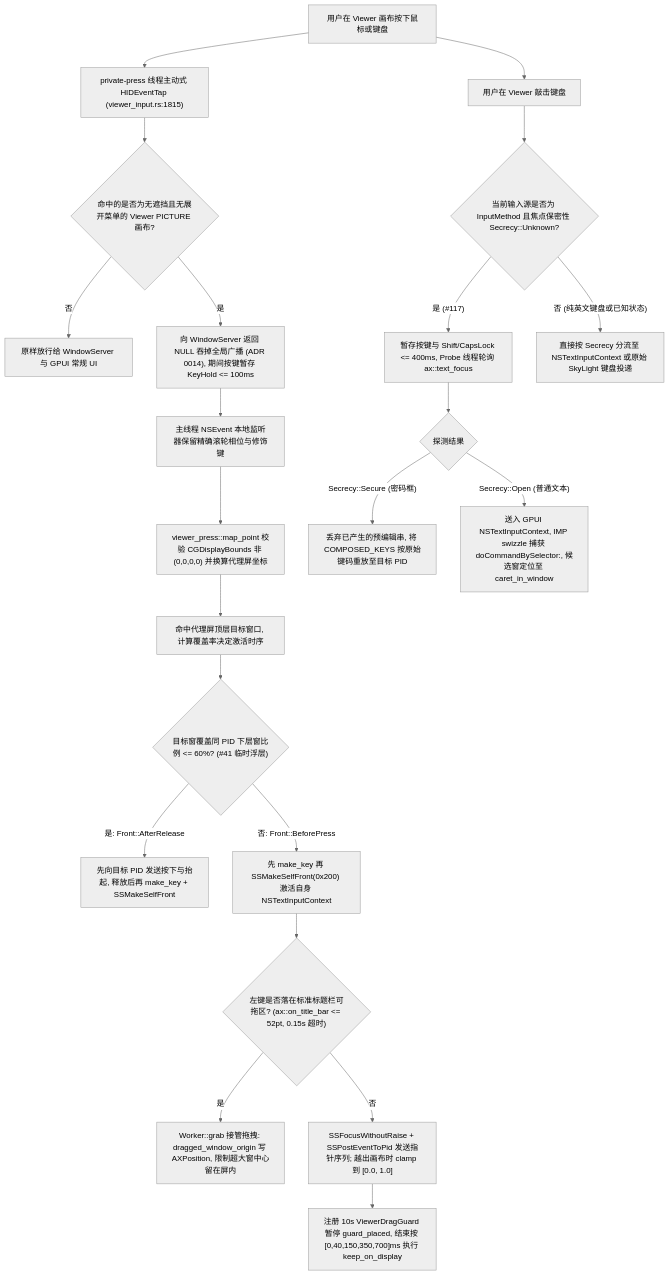
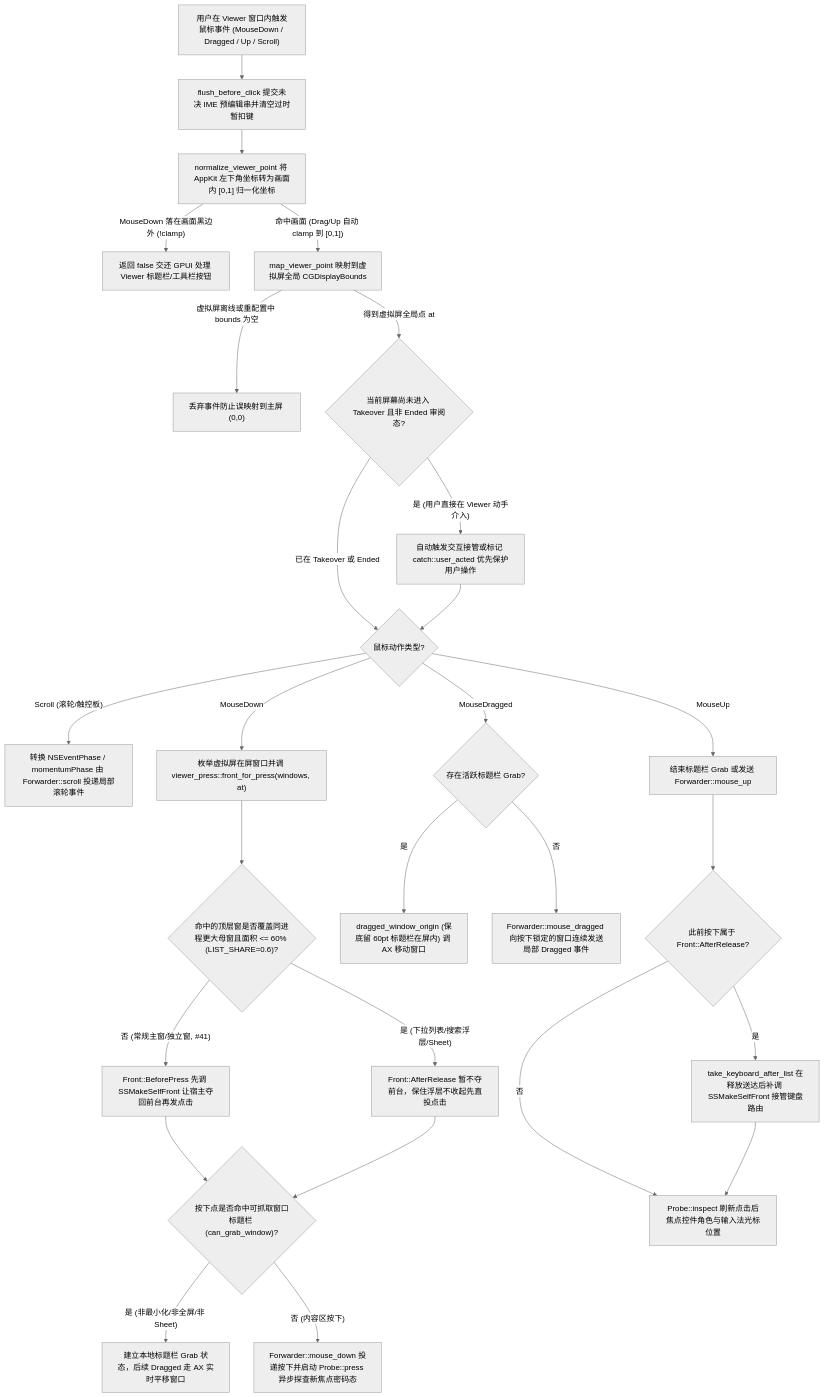
One commit to Fanzzzd/agent-screen changed the first of 2 diagrams in docs/flows/07-viewer-input.md. Above: the diagram before and after it, drawn with Mermaid (neutral theme). The commit also changed other lines of this file and 16 other files, not shown here.

First line of the commit message:
docs(docs): verify all claims and expand macos flow maps

````diff
--- a/docs/flows/07-viewer-input.md
+++ b/docs/flows/07-viewer-input.md
@@ -7,28 +15,29 @@
 ```mermaid
 flowchart TD
-    U["用户在 Viewer 画布按下鼠标或键盘"] --> TP["private-press 线程主动式 HIDEventTap (viewer_input.rs:1815)"]
-    TP --> TP1{"命中的是否为无遮挡且无展开菜单的 Viewer PICTURE 画布?"}
-    TP1 -- "否" --> OS["原样放行给 WindowServer 与 GPUI 常规 UI"]
-    TP1 -- "是" --> TP2["向 WindowServer 返回 NULL 吞掉全局广播 (ADR 0014), 期间按键暂存 KeyHold <= 100ms"]
-
-    TP2 --> LM["主线程 NSEvent 本地监听器保留精确滚轮相位与修饰键"]
-    LM --> MAP["viewer_press::map_point 校验 CGDisplayBounds 非 (0,0,0,0) 并换算代理屏坐标"]
-    MAP --> HIT["命中代理屏顶层目标窗口, 计算覆盖率决定激活时序"]
-
-    HIT --> FR{"目标窗覆盖同 PID 下层窗比例 <= 60%? (#41 临时浮层)"}
-    FR -- "是: Front::AfterRelease" --> FA["先向目标 PID 发送按下与抬起, 释放后再 make_key + SSMakeSelfFront"]
-    FR -- "否: Front::BeforePress" --> FB["先 make_key 再 SSMakeSelfFront(0x200) 激活自身 NSTextInputContext"]
-
-    FB --> TB{"左键是否落在标准标题栏可拖区? (ax::on_title_bar <= 52pt, 0.15s 超时)"}
-    TB -- "是" --> GRAB["Worker::grab 接管拖拽: dragged_window_origin 写 AXPosition, 限制超大窗中心留在屏内"]
-    TB -- "否" --> SKY["SSFocusWithoutRaise + SSPostEventToPid 发送指针序列; 越出画布时 clamp 到 [0.0, 1.0]"]
-    SKY --> GUARD["注册 10s ViewerDragGuard 暂停 guard_placed, 结束按 [0,40,150,350,700]ms 执行 keep_on_display"]
-
-    U --> KEY["用户在 Viewer 敲击键盘"]
-    KEY --> IME{"当前输入源是否为 InputMethod 且焦点保密性 Secrecy::Unknown?"}
-    IME -- "是 (#117)" --> HOLD["暂存按键与 Shift/CapsLock <= 400ms, Probe 线程轮询 ax::text_focus"]
-    HOLD --> SEC{"探测结果"}
-    SEC -- "Secrecy::Secure (密码框)" --> RAW["丢弃已产生的预编辑串, 将 COMPOSED_KEYS 按原始键码重放至目标 PID"]
-    SEC -- "Secrecy::Open (普通文本)" --> NST["送入 GPUI NSTextInputContext, IMP swizzle 捕获 doCommandBySelector:, 候选窗定位至 caret_in_window"]
-    IME -- "否 (纯英文键盘或已知状态)" --> DIRECT["直接按 Secrecy 分流至 NSTextInputContext 或原始 SkyLight 键盘投递"]
+    V1["用户在 Viewer 窗口内触发鼠标事件 (MouseDown / Dragged / Up / Scroll)"] --> V2["flush_before_click 提交未决 IME 预编辑串并清空过时暂扣键"]
+    V2 --> V3["normalize_viewer_point 将 AppKit 左下角坐标转为画面内 [0,1] 归一化坐标"]
+    V3 -->|"MouseDown 落在画面黑边外 (!clamp)"| VX1["返回 false 交还 GPUI 处理 Viewer 标题栏/工具栏按钮"]
+    V3 -->|"命中画面 (Drag/Up 自动 clamp 到 [0,1])"| V4["map_viewer_point 映射到虚拟屏全局 CGDisplayBounds"]
+    V4 -->|"虚拟屏离线或重配置中 bounds 为空"| VX2["丢弃事件防止误映射到主屏 (0,0)"]
+    V4 -->|"得到虚拟屏全局点 at"| V5{"当前屏幕尚未进入 Takeover 且非 Ended 审阅态?"}
+    V5 -->|"是 (用户直接在 Viewer 动手介入)"| V6["自动触发交互接管或标记 catch::user_acted 优先保护用户操作"]
+    V5 -->|"已在 Takeover 或 Ended"| V7{"鼠标动作类型?"}
+    V6 --> V7
+    V7 -->|"Scroll (滚轮/触控板)"| S1["转换 NSEventPhase / momentumPhase 由 Forwarder::scroll 投递局部滚轮事件"]
+    V7 -->|"MouseDown"| M1["枚举虚拟屏在屏窗口并调 viewer_press::front_for_press(windows, at)"]
+    M1 --> M2{"命中的顶层窗是否覆盖同进程更大母窗且面积 <= 60% (LIST_SHARE=0.6)?"}
+    M2 -->|"否 (常规主窗/独立窗, #41)"| M3["Front::BeforePress 先调 SSMakeSelfFront 让宿主夺回前台再发点击"]
+    M2 -->|"是 (下拉列表/搜索浮层/Sheet)"| M4["Front::AfterRelease 暂不夺前台，保住浮层不收起先直投点击"]
+    M3 --> M5{"按下点是否命中可抓取窗口标题栏 (can_grab_window)?"}
+    M4 --> M5
+    M5 -->|"是 (非最小化/非全屏/非 Sheet)"| G1["建立本地标题栏 Grab 状态，后续 Dragged 走 AX 实时平移窗口"]
+    M5 -->|"否 (内容区按下)"| G2["Forwarder::mouse_down 投递按下并启动 Probe::press 异步探查新焦点密码态"]
+    V7 -->|"MouseDragged"| D1{"存在活跃标题栏 Grab?"}
+    D1 -->|"是"| D2["dragged_window_origin (保底留 60pt 标题栏在屏内) 调 AX 移动窗口"]
+    D1 -->|"否"| D3["Forwarder::mouse_dragged 向按下锁定的窗口连续发送局部 Dragged 事件"]
+    V7 -->|"MouseUp"| U1["结束标题栏 Grab 或发送 Forwarder::mouse_up"]
+    U1 --> U2{"此前按下属于 Front::AfterRelease?"}
+    U2 -->|"是"| U3["take_keyboard_after_list 在释放送达后补调 SSMakeSelfFront 接管键盘路由"]
+    U2 -->|"否"| U4["Probe::inspect 刷新点击后焦点控件角色与输入法光标位置"]
+    U3 --> U4
 ```
````
